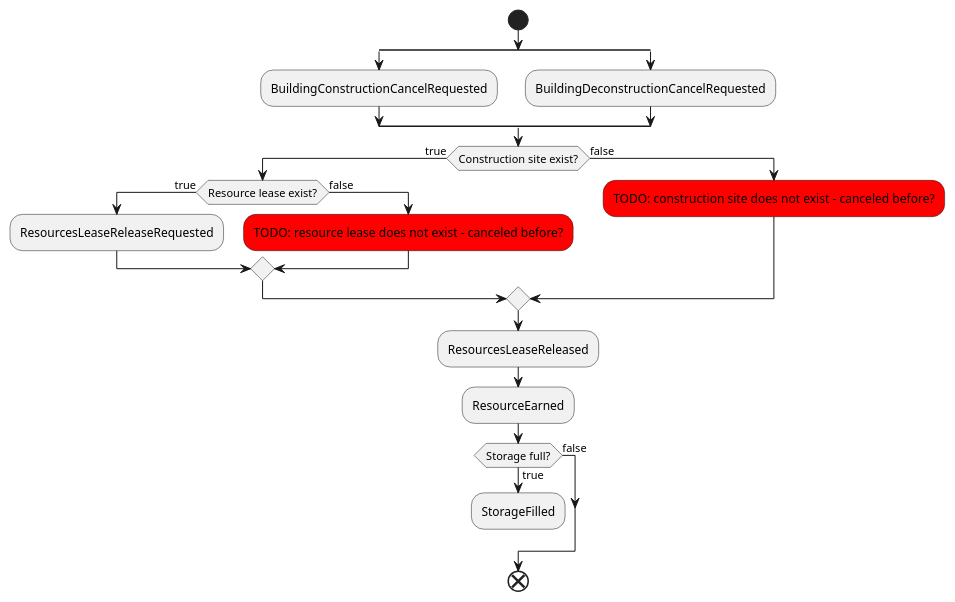
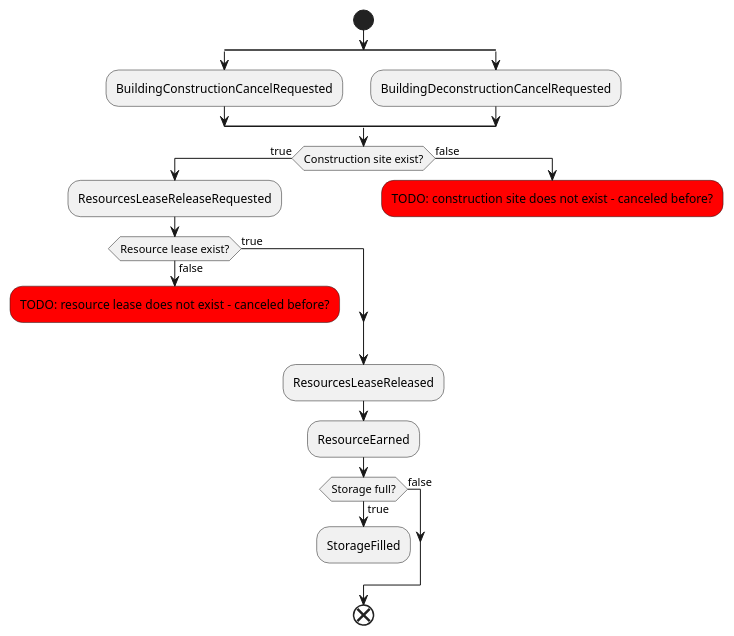
The diagram in docs/building-construction-and-deconstruction-cancellation-flow.puml (tomekbielaszewski/ogame-clone), drawn with PlantUML before and after one commit.

Commit message:
improved building (de)construction cancellation flow graph

```diff
--- a/docs/building-construction-and-deconstruction-cancellation-flow.puml
+++ b/docs/building-construction-and-deconstruction-cancellation-flow.puml
@@ -1,32 +1,34 @@
 @startuml
 
 start
 
 split
 :BuildingConstructionCancelRequested;
 split again
 :BuildingDeconstructionCancelRequested;
 end split
 
 if (Construction site exist?) then (true)
+    :ResourcesLeaseReleaseRequested;
     if (Resource lease exist?) then (true)
-        :ResourcesLeaseReleaseRequested;
     else (false)
         #red:TODO: resource lease does not exist - canceled before?;
+        detach;
     endif
 else (false)
     #red:TODO: construction site does not exist - canceled before?;
+    detach;
 endif
 
 :ResourcesLeaseReleased;
 :ResourceEarned;
 
 if (Storage full?) then (true)
     :StorageFilled;
 else (false)
 endif
 detach
 
 end
 
 @enduml
```
